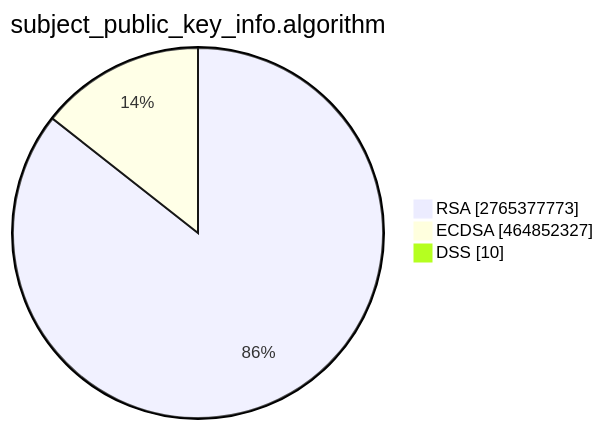
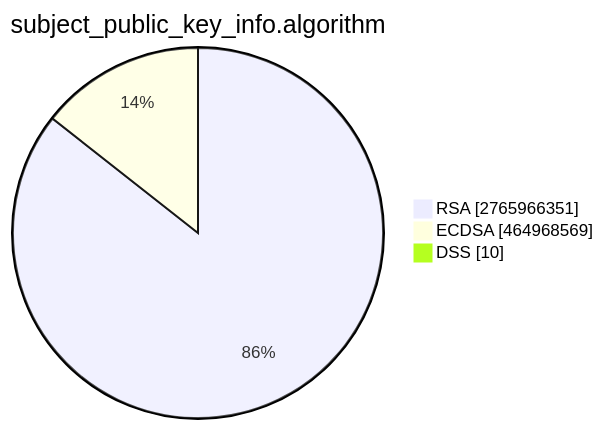
The second of 15 diagrams in TOTAL/README.md (christiankrug/ctmonitor_visualization), drawn with Mermaid before and after one commit. The commit also changed other lines of this file, not shown here.

````diff
--- a/TOTAL/README.md
+++ b/TOTAL/README.md
@@ -6,7 +6,7 @@
 ```mermaid
 pie showData
 title subject_public_key_info.algorithm
-"RSA" :2765377773
-"ECDSA" :464852327
+"RSA" :2765966351
+"ECDSA" :464968569
 "DSS" :10
 ```
````
